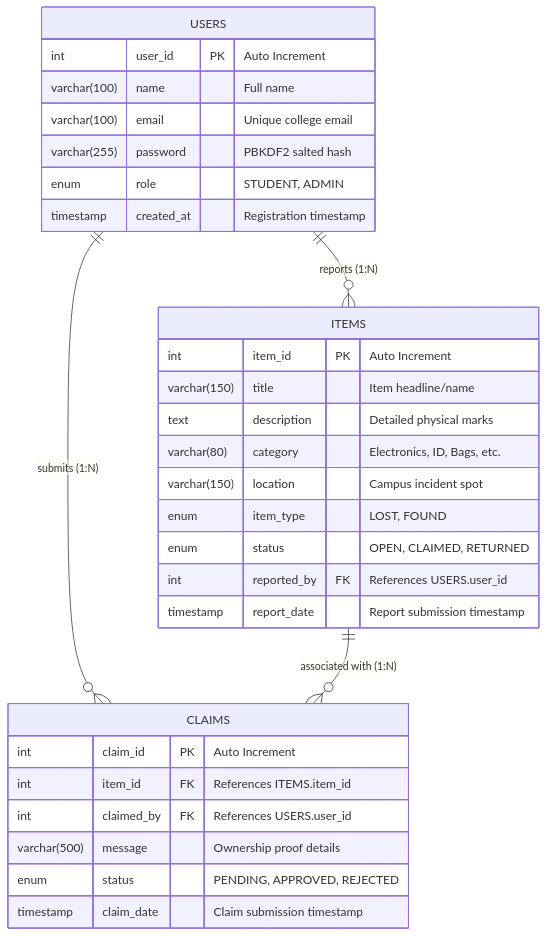
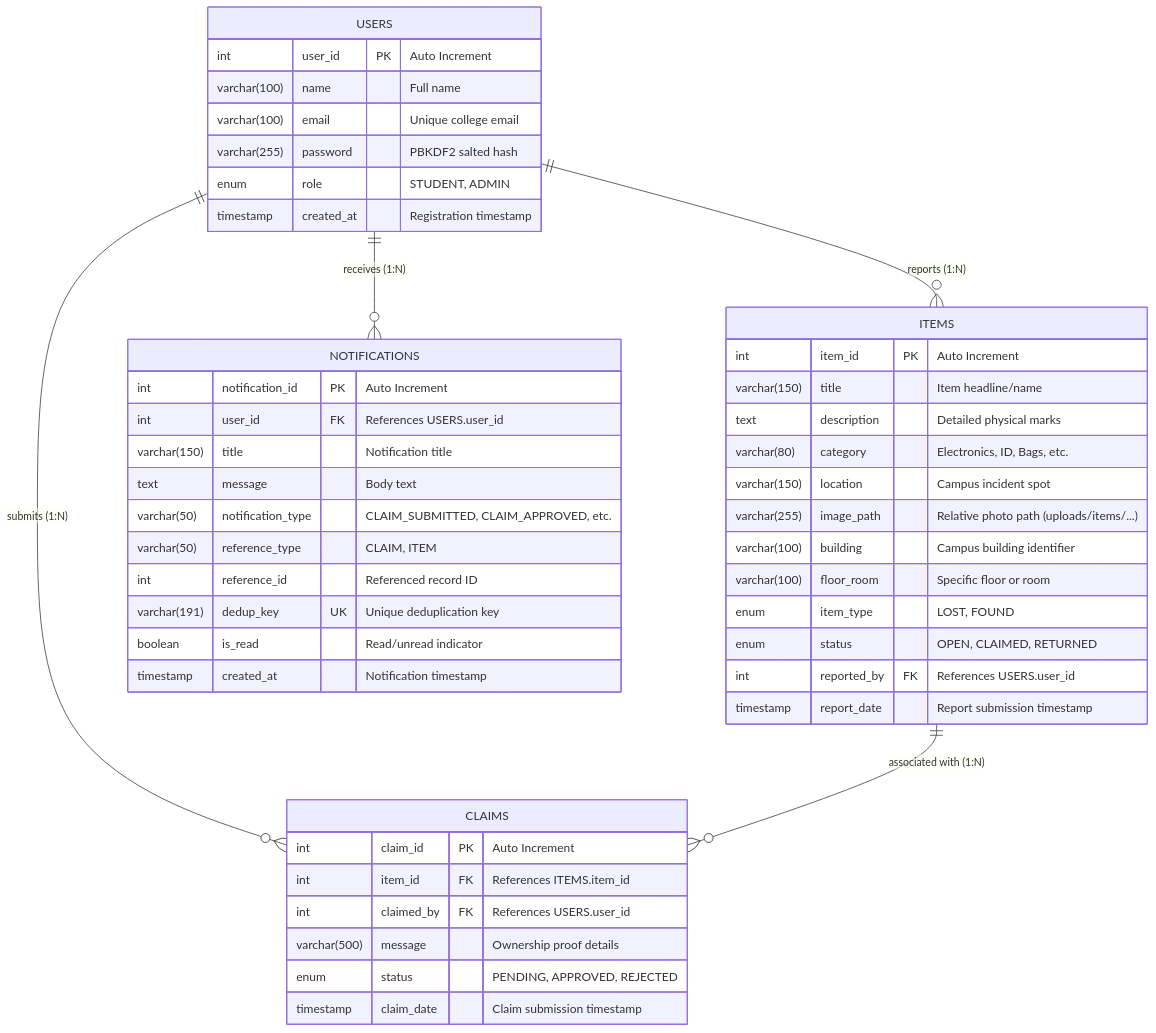
Before and after one commit to Abhi-Poddar1423/SmartCampusLostAndFound: the diagram in docs/er-diagram.md, drawn with Mermaid. The commit also changed other lines of this file and 85 other files, not shown here.

````diff
--- a/docs/er-diagram.md
+++ b/docs/er-diagram.md
@@ -9,36 +12,53 @@
 ```mermaid
 erDiagram
     USERS ||--o{ ITEMS : "reports (1:N)"
     USERS ||--o{ CLAIMS : "submits (1:N)"
+    USERS ||--o{ NOTIFICATIONS : "receives (1:N)"
     ITEMS ||--o{ CLAIMS : "associated with (1:N)"
 
     USERS {
         int user_id PK "Auto Increment"
         varchar(100) name "Full name"
         varchar(100) email "Unique college email"
         varchar(255) password "PBKDF2 salted hash"
         enum role "STUDENT, ADMIN"
         timestamp created_at "Registration timestamp"
     }
 
     ITEMS {
         int item_id PK "Auto Increment"
         varchar(150) title "Item headline/name"
         text description "Detailed physical marks"
         varchar(80) category "Electronics, ID, Bags, etc."
         varchar(150) location "Campus incident spot"
+        varchar(255) image_path "Relative photo path (uploads/items/...)"
+        varchar(100) building "Campus building identifier"
+        varchar(100) floor_room "Specific floor or room"
         enum item_type "LOST, FOUND"
         enum status "OPEN, CLAIMED, RETURNED"
         int reported_by FK "References USERS.user_id"
         timestamp report_date "Report submission timestamp"
     }
 
     CLAIMS {
         int claim_id PK "Auto Increment"
         int item_id FK "References ITEMS.item_id"
         int claimed_by FK "References USERS.user_id"
         varchar(500) message "Ownership proof details"
         enum status "PENDING, APPROVED, REJECTED"
         timestamp claim_date "Claim submission timestamp"
     }
+
+    NOTIFICATIONS {
+        int notification_id PK "Auto Increment"
+        int user_id FK "References USERS.user_id"
+        varchar(150) title "Notification title"
+        text message "Body text"
+        varchar(50) notification_type "CLAIM_SUBMITTED, CLAIM_APPROVED, etc."
+        varchar(50) reference_type "CLAIM, ITEM"
+        int reference_id "Referenced record ID"
+        varchar(191) dedup_key UK "Unique deduplication key"
+        boolean is_read "Read/unread indicator"
+        timestamp created_at "Notification timestamp"
+    }
 ```
````
